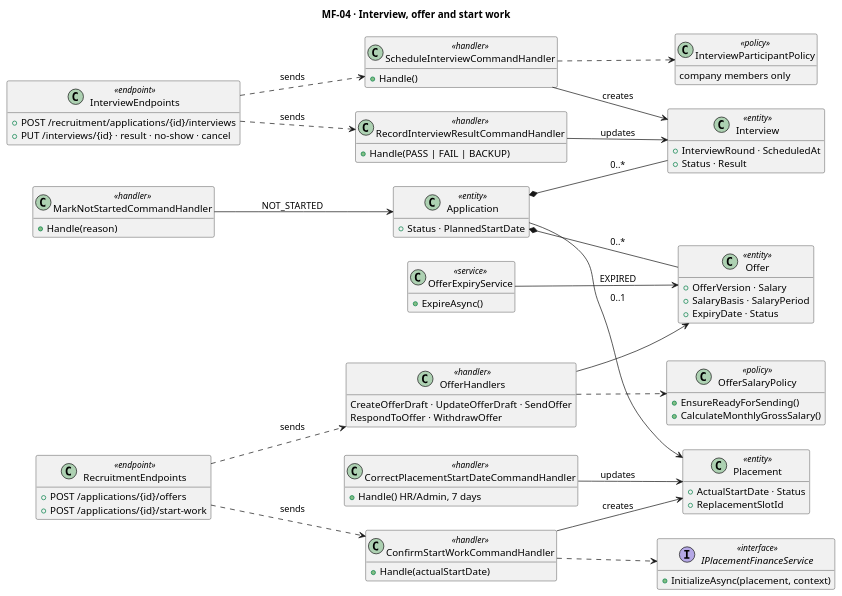
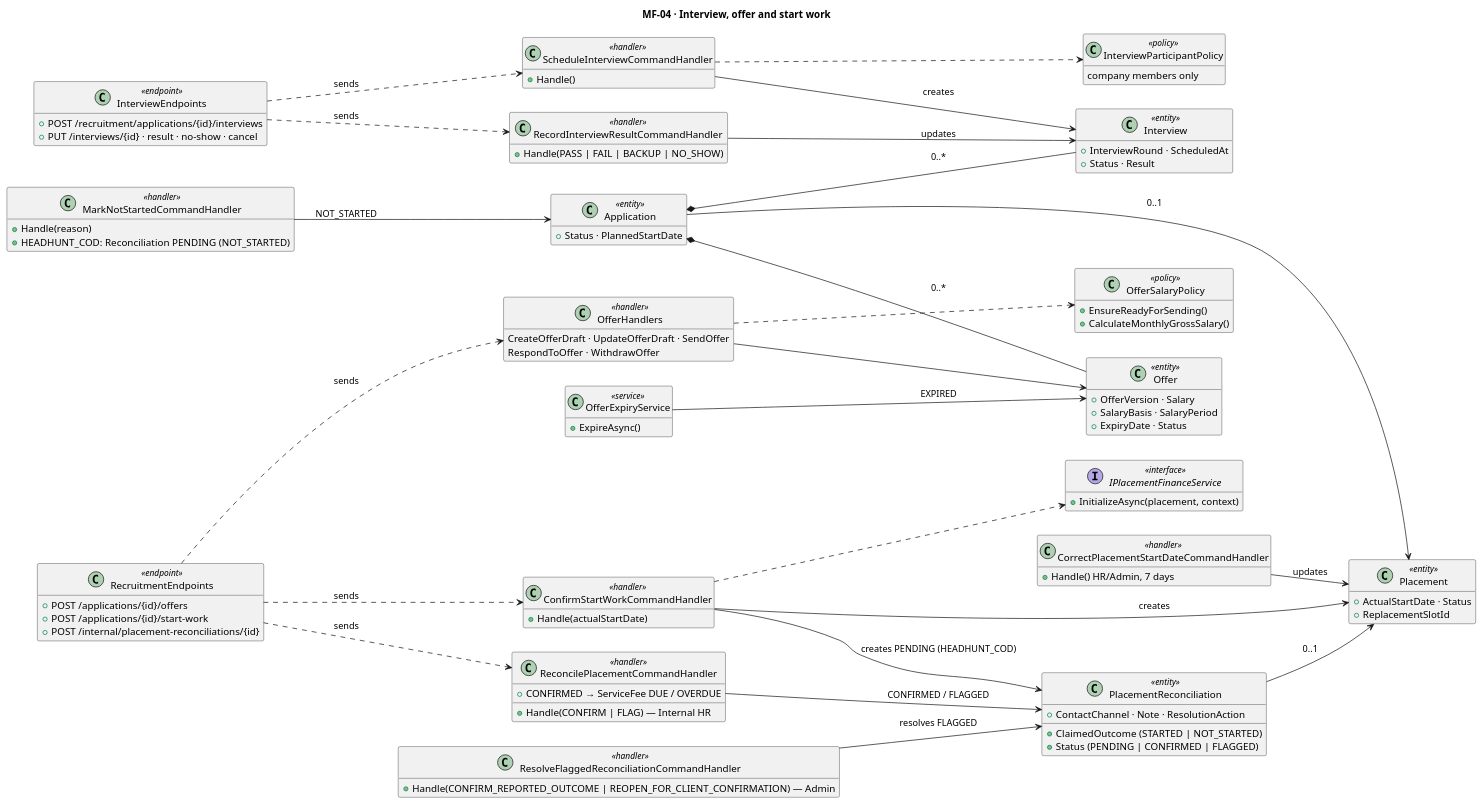
The diagram in docs/diagrams/classes/source/cls-mf04-interview-offer.puml (hoangqui794/hr-connect), drawn with PlantUML before and after one commit. The commit also changed 20 other files, not shown here.

First line of the commit message:
docs(diagrams): add placement reconciliation to MF-04/MF-05 diagrams and Report 4

```diff
--- a/docs/diagrams/classes/source/cls-mf04-interview-offer.puml
+++ b/docs/diagrams/classes/source/cls-mf04-interview-offer.puml
@@ -1,78 +1,97 @@
 @startuml cls-mf04-interview-offer
 title MF-04 · Interview, offer and start work
 left to right direction
 hide empty members
 class InterviewEndpoints <<endpoint>> {
   +POST /recruitment/applications/{id}/interviews
   +PUT /interviews/{id} · result · no-show · cancel
 }
 class RecruitmentEndpoints <<endpoint>> {
   +POST /applications/{id}/offers
   +POST /applications/{id}/start-work
+  +POST /internal/placement-reconciliations/{id}
 }
 class ScheduleInterviewCommandHandler <<handler>> {
   +Handle()
 }
 class RecordInterviewResultCommandHandler <<handler>> {
-  +Handle(PASS | FAIL | BACKUP)
+  +Handle(PASS | FAIL | BACKUP | NO_SHOW)
 }
 class OfferHandlers <<handler>> {
   CreateOfferDraft · UpdateOfferDraft · SendOffer
   RespondToOffer · WithdrawOffer
 }
 class ConfirmStartWorkCommandHandler <<handler>> {
   +Handle(actualStartDate)
 }
 class MarkNotStartedCommandHandler <<handler>> {
   +Handle(reason)
+  +HEADHUNT_COD: Reconciliation PENDING (NOT_STARTED)
 }
 class CorrectPlacementStartDateCommandHandler <<handler>> {
   +Handle() HR/Admin, 7 days
 }
 class OfferSalaryPolicy <<policy>> {
   +EnsureReadyForSending()
   +CalculateMonthlyGrossSalary()
 }
 class InterviewParticipantPolicy <<policy>> {
   company members only
 }
 class OfferExpiryService <<service>> {
   +ExpireAsync()
 }
 interface IPlacementFinanceService <<interface>> {
   +InitializeAsync(placement, context)
 }
 class Interview <<entity>> {
   +InterviewRound · ScheduledAt
   +Status · Result
 }
 class Offer <<entity>> {
   +OfferVersion · Salary
   +SalaryBasis · SalaryPeriod
   +ExpiryDate · Status
 }
 class Placement <<entity>> {
   +ActualStartDate · Status
   +ReplacementSlotId
 }
 class Application <<entity>> {
   +Status · PlannedStartDate
 }
 InterviewEndpoints ..> ScheduleInterviewCommandHandler : sends
 InterviewEndpoints ..> RecordInterviewResultCommandHandler : sends
 RecruitmentEndpoints ..> OfferHandlers : sends
 RecruitmentEndpoints ..> ConfirmStartWorkCommandHandler : sends
 ScheduleInterviewCommandHandler ..> InterviewParticipantPolicy
 ScheduleInterviewCommandHandler --> Interview : creates
 RecordInterviewResultCommandHandler --> Interview : updates
 OfferHandlers ..> OfferSalaryPolicy
 OfferHandlers --> Offer
 OfferExpiryService --> Offer : EXPIRED
 ConfirmStartWorkCommandHandler --> Placement : creates
 ConfirmStartWorkCommandHandler ..> IPlacementFinanceService
 MarkNotStartedCommandHandler --> Application : NOT_STARTED
 CorrectPlacementStartDateCommandHandler --> Placement : updates
 Application *-- Interview : 0..*
 Application *-- Offer : 0..*
 Application --> Placement : 0..1
+class PlacementReconciliation <<entity>> {
+  +ClaimedOutcome (STARTED | NOT_STARTED)
+  +Status (PENDING | CONFIRMED | FLAGGED)
+  +ContactChannel · Note · ResolutionAction
+}
+class ReconcilePlacementCommandHandler <<handler>> {
+  +Handle(CONFIRM | FLAG) — Internal HR
+  +CONFIRMED → ServiceFee DUE / OVERDUE
+}
+class ResolveFlaggedReconciliationCommandHandler <<handler>> {
+  +Handle(CONFIRM_REPORTED_OUTCOME | REOPEN_FOR_CLIENT_CONFIRMATION) — Admin
+}
+RecruitmentEndpoints ..> ReconcilePlacementCommandHandler : sends
+ConfirmStartWorkCommandHandler --> PlacementReconciliation : creates PENDING (HEADHUNT_COD)
+PlacementReconciliation --> Placement : 0..1
+ReconcilePlacementCommandHandler --> PlacementReconciliation : CONFIRMED / FLAGGED
+ResolveFlaggedReconciliationCommandHandler --> PlacementReconciliation : resolves FLAGGED
 @enduml
```
